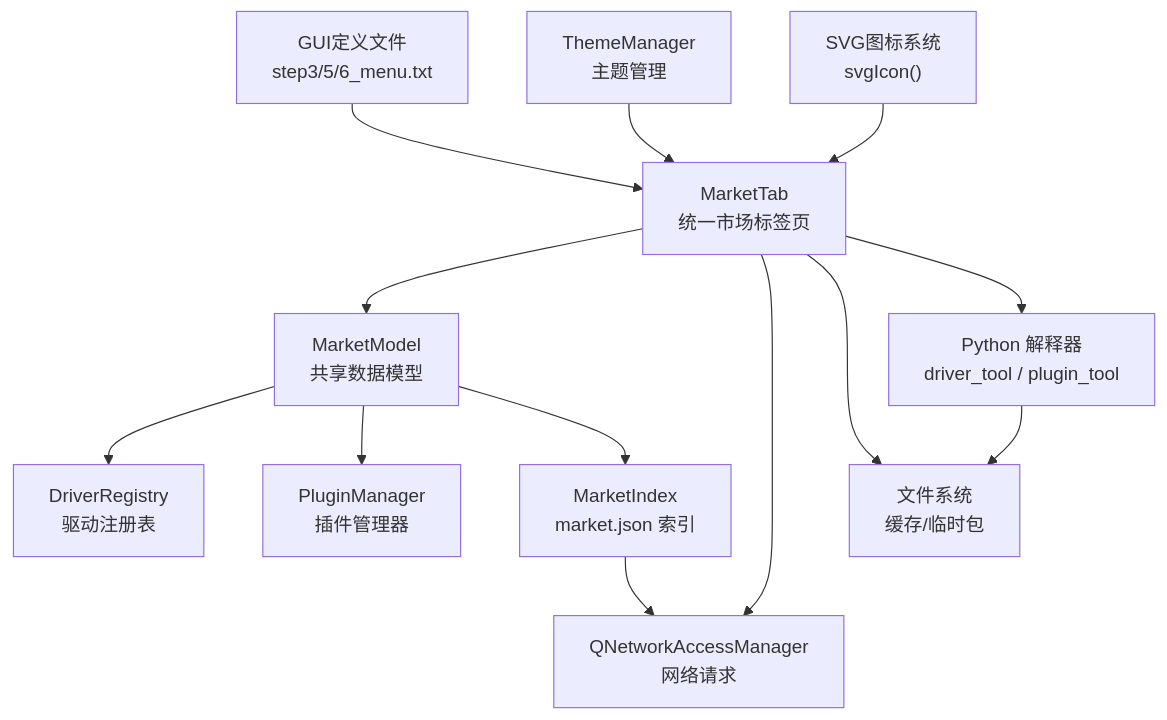
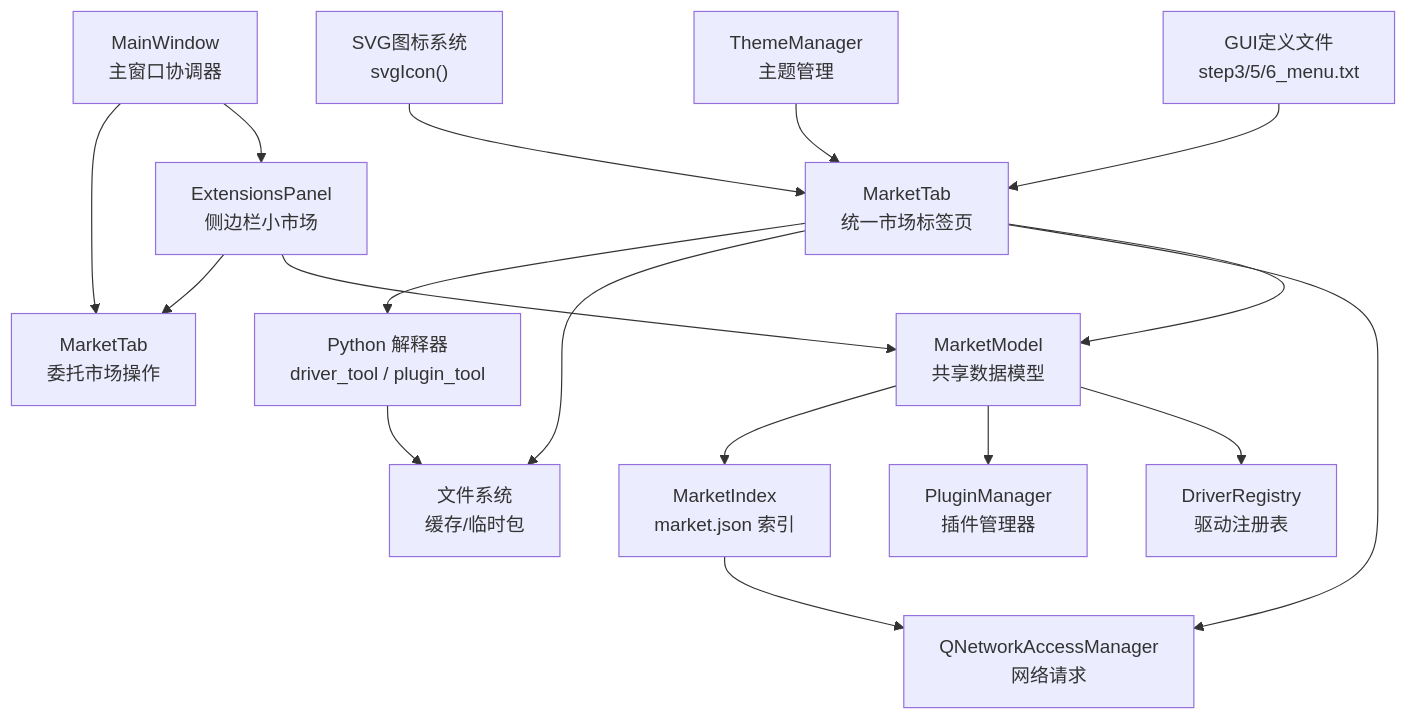
One commit to jakecai1225-design/OpenBus changed the first of 3 diagrams in .qoder/repowiki/zh/content/架构设计/UI系统设计/统一市场标签页系统.md. Above: the diagram before and after it, drawn with Mermaid. The commit also changed other lines of this file and 92 other files, not shown here.

````diff
--- a/.qoder/repowiki/zh/content/架构设计/UI系统设计/统一市场标签页系统.md
+++ b/.qoder/repowiki/zh/content/架构设计/UI系统设计/统一市场标签页系统.md
@@ -66,15 +66,19 @@
 ```mermaid
 graph TB
 UI["MarketTab<br/>统一市场标签页"] --> MM["MarketModel<br/>共享数据模型"]
 MM --> DR["DriverRegistry<br/>驱动注册表"]
 MM --> PM["PluginManager<br/>插件管理器"]
 MM --> MI["MarketIndex<br/>market.json 索引"]
 UI --> NET["QNetworkAccessManager<br/>网络请求"]
 UI --> FS["文件系统<br/>缓存/临时包"]
 MI --> NET
 UI --> PY["Python 解释器<br/>driver_tool / plugin_tool"]
 PY --> FS
+EP["ExtensionsPanel<br/>侧边栏小市场"] --> MM
+EP --> MT["MarketTab<br/>委托市场操作"]
 GP["GUI定义文件<br/>step3/5/6_menu.txt"] --> UI
 TM["ThemeManager<br/>主题管理"] --> UI
 SVG["SVG图标系统<br/>svgIcon()"] --> UI
+MW["MainWindow<br/>主窗口协调器"] --> EP
+MW --> MT
 ```
````
